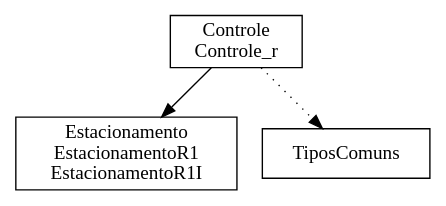
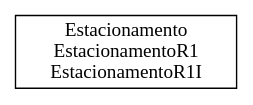
The diagram in Estacionamento/bdp/Estacionamento.dot (ciromdrs/mch_estacionamento), drawn with Graphviz before and after one commit. The commit also changed 67 other files, not shown here.

```diff
--- a/Estacionamento/bdp/Estacionamento.dot
+++ b/Estacionamento/bdp/Estacionamento.dot
@@ -1,8 +1,4 @@
 digraph {
-Controle_r [ label=" Controle\nControle_r " shape= box ]
 EstacionamentoR1I [ label=" Estacionamento\nEstacionamentoR1\nEstacionamentoR1I " shape= box ]
-TiposComuns [ label=" TiposComuns " shape= box ]
 
-"Controle_r" -> "TiposComuns" [style= dotted ]
-"Controle_r" -> "EstacionamentoR1I" []
 }
```
